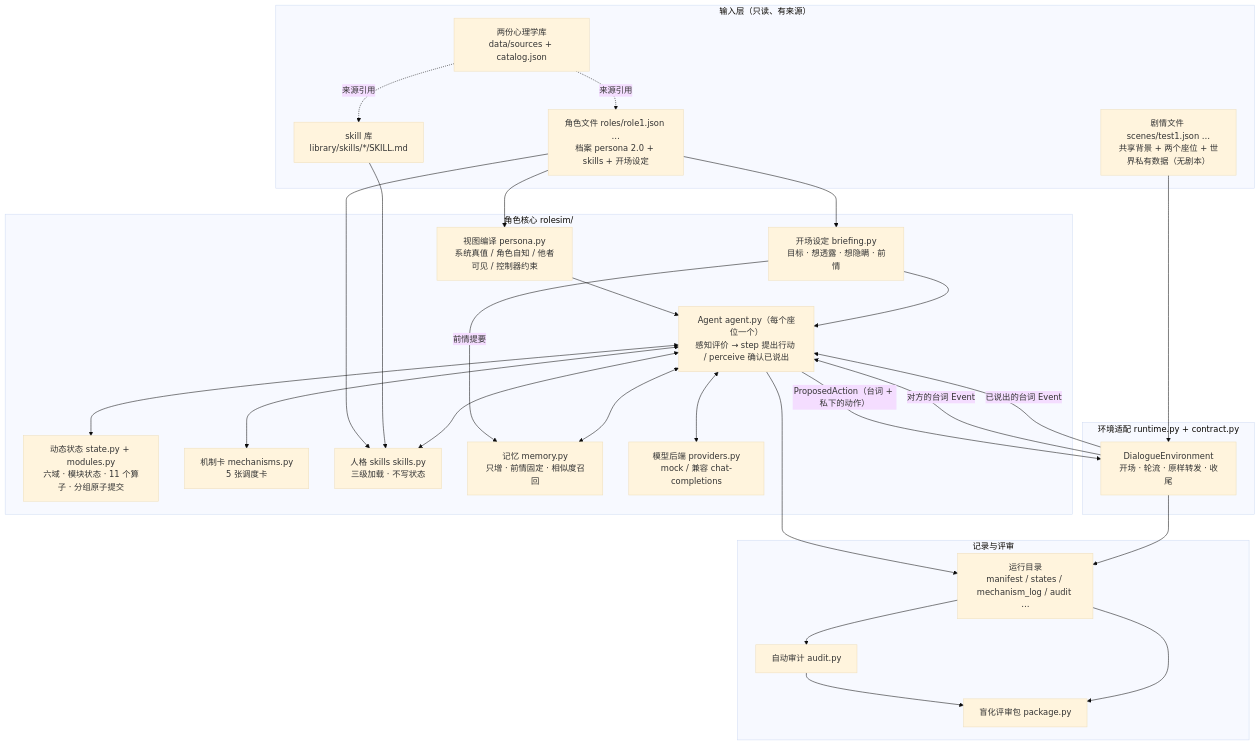
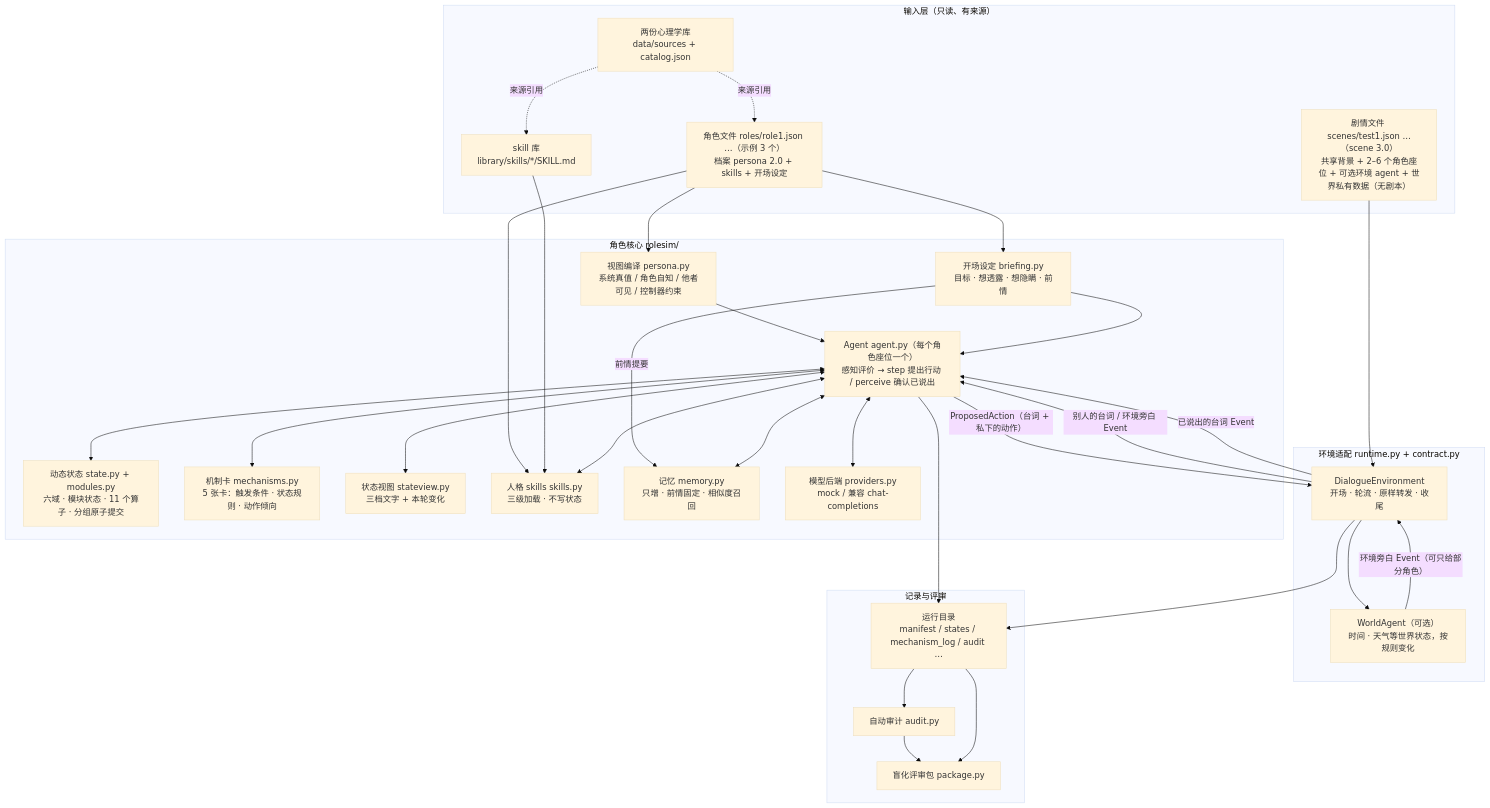
Before and after one commit to piersalei/RoleSimulationFramework: the first of 5 diagrams in docs/07-architecture.md, drawn with Mermaid (base theme). The commit also changed other lines of this file and 25 other files, not shown here.

````diff
--- a/docs/07-architecture.md
+++ b/docs/07-architecture.md
@@ -13,52 +13,57 @@
 ```mermaid
 flowchart TB
   subgraph IN["输入层（只读、有来源）"]
     SRC["两份心理学库<br/>data/sources + catalog.json"]
-    PER["角色文件 roles/role1.json …<br/>档案 persona 2.0 + skills + 开场设定"]
+    PER["角色文件 roles/role1.json …（示例 3 个）<br/>档案 persona 2.0 + skills + 开场设定"]
     SKL["skill 库<br/>library/skills/*/SKILL.md"]
-    SCN["剧情文件 scenes/test1.json …<br/>共享背景 + 两个座位 + 世界私有数据（无剧本）"]
+    SCN["剧情文件 scenes/test1.json …（scene 3.0）<br/>共享背景 + 2–6 个角色座位 + 可选环境 agent + 世界私有数据（无剧本）"]
   end
 
   subgraph CORE["角色核心 rolesim/"]
     VIEW["视图编译 persona.py<br/>系统真值 / 角色自知 / 他者可见 / 控制器约束"]
-    AG["Agent agent.py（每个座位一个）<br/>感知评价 → step 提出行动 / perceive 确认已说出"]
+    AG["Agent agent.py（每个角色座位一个）<br/>感知评价 → step 提出行动 / perceive 确认已说出"]
     ST["动态状态 state.py + modules.py<br/>六域 · 模块状态 · 11 个算子 · 分组原子提交"]
-    MECH["机制卡 mechanisms.py<br/>5 张调度卡"]
+    MECH["机制卡 mechanisms.py<br/>5 张卡：触发条件 · 状态规则 · 动作倾向"]
+    SV["状态视图 stateview.py<br/>三档文字 + 本轮变化"]
     SK["人格 skills skills.py<br/>三级加载 · 不写状态"]
     MEM["记忆 memory.py<br/>只增 · 前情固定 · 相似度召回"]
     BR["开场设定 briefing.py<br/>目标 · 想透露 · 想隐瞒 · 前情"]
     BK["模型后端 providers.py<br/>mock / 兼容 chat-completions"]
   end
 
   subgraph ENV["环境适配 runtime.py + contract.py"]
     SE["DialogueEnvironment<br/>开场 · 轮流 · 原样转发 · 收尾"]
+    WA["WorldAgent（可选）<br/>时间 · 天气等世界状态，按规则变化"]
   end
 
   subgraph OUT["记录与评审"]
     RUN["运行目录<br/>manifest / states / mechanism_log / audit …"]
     AUD["自动审计 audit.py"]
     PKG["盲化评审包 package.py"]
   end
 
   SRC -. 来源引用 .-> PER
   SRC -. 来源引用 .-> SKL
   PER --> VIEW --> AG
   PER --> SK
   SKL --> SK
   SCN --> SE
+  SE --> WA
+  WA -- "环境旁白 Event（可只给部分角色）" --> SE
   PER --> BR
   BR --> AG
   BR -- "前情提要" --> MEM
-  SE -- "对方的台词 Event" --> AG
+  SE -- "别人的台词 / 环境旁白 Event" --> AG
   AG <--> ST
+  AG <--> SV
   AG <--> MEM
   AG <--> SK
   AG <--> MECH
   AG <--> BK
   AG -- "ProposedAction（台词 + 私下的动作）" --> SE
   SE -- "已说出的台词 Event" --> AG
   AG --> RUN
   SE --> RUN
   RUN --> AUD --> PKG
   RUN --> PKG
 ```
````
